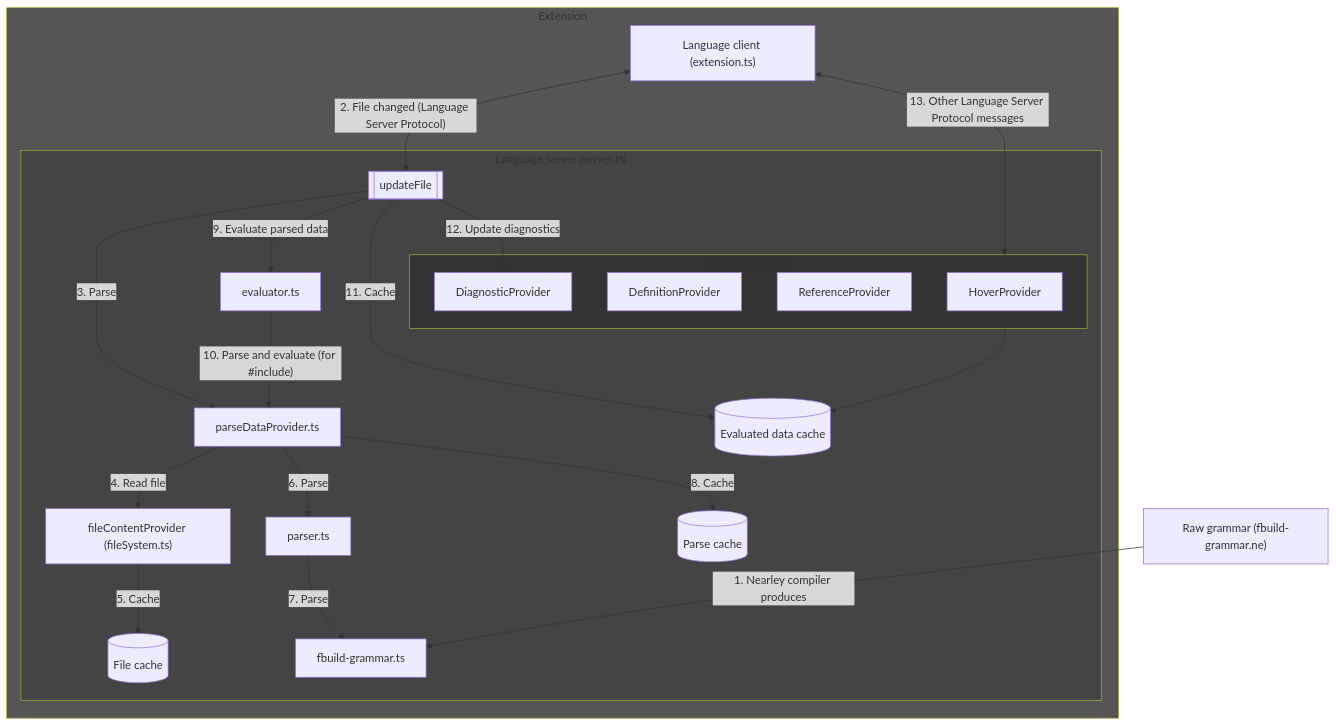
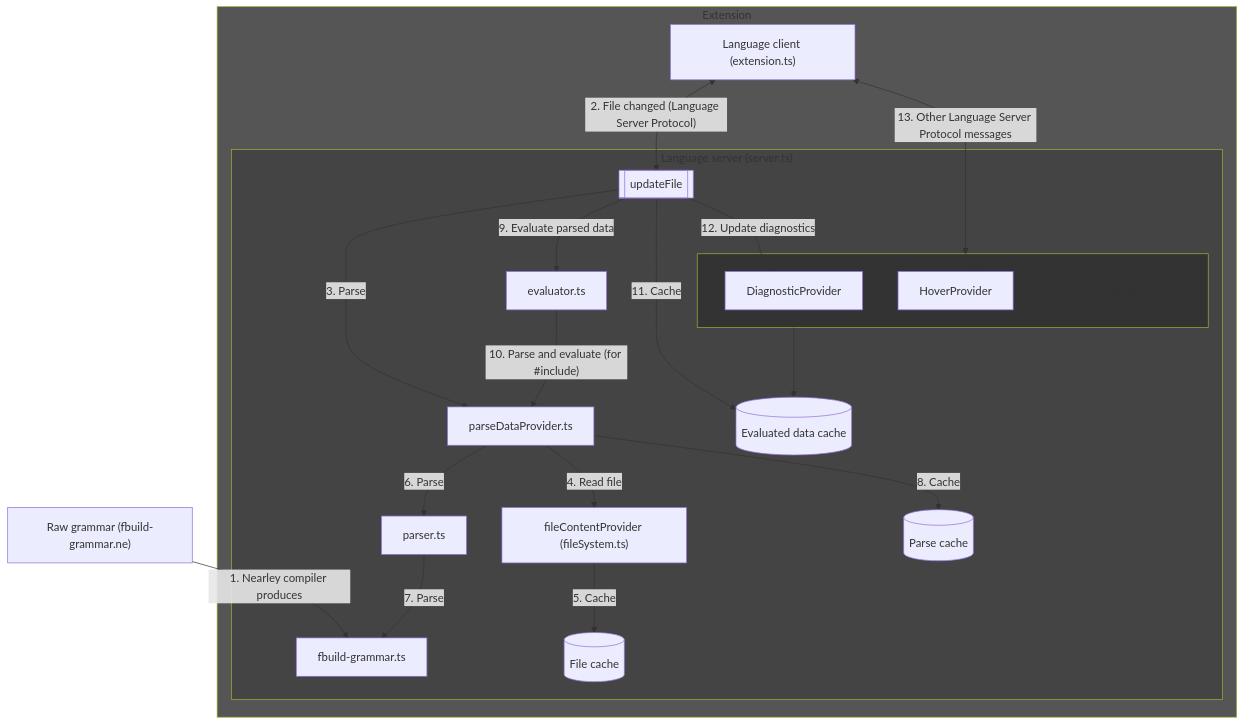
One commit to harrisont/fastbuild-vscode changed the diagram in CONTRIBUTING.md. Above: the diagram before and after it, drawn with Mermaid. The commit also changed other lines of this file and 12 other files, not shown here.

````diff
--- a/CONTRIBUTING.md
+++ b/CONTRIBUTING.md
@@ -44,33 +44,33 @@
 ```mermaid
 flowchart TB
     RawGrammar["Raw grammar (fbuild-grammar.ne)"] -->|1. Nearley compiler produces| CompiledGrammar[fbuild-grammar.ts]
     subgraph Extension
         LanguageClient["Language client (extension.ts)"] <-->|"2. File changed (Language Server Protocol)"| FileUpdate[[updateFile]]
         subgraph LanguageServer["Language server (server.ts)"]
             FileUpdate -->|3. Parse| ParseDataProvider[parseDataProvider.ts]
             ParseDataProvider -->|4. Read file| FileContentProvider["fileContentProvider (fileSystem.ts)"]
             FileContentProvider -->|5. Cache| FileCache[(File cache)]
             ParseDataProvider -->|6. Parse| Parser[parser.ts]
             Parser -->|7. Parse| CompiledGrammar
             ParseDataProvider -->|8. Cache| ParseCache[(Parse cache)]
             FileUpdate -->|9. Evaluate parsed data| Evaluator[evaluator.ts]
             Evaluator -->|"10. Parse and evaluate (for #include)"| ParseDataProvider
             FileUpdate -->|11. Cache| EvaluatedDataCache[(Evaluated data cache)]
 
             subgraph FeatureProviders[Feature providers]
+                DiagnosticProvider
                 HoverProvider
-                DefinitionProvider
-                ReferenceProvider
-                DiagnosticProvider
+                Other["...other providers..."]:::justText
+                classDef justText stroke-width:0px,fill:#333
             end
             FeatureProviders --> EvaluatedDataCache
 
             FileUpdate -->|12. Update diagnostics| DiagnosticProvider
         end
         LanguageClient <-->|13. Other Language Server Protocol messages| FeatureProviders
     end
 
     style Extension fill:#555
     style LanguageServer fill:#444
     style FeatureProviders fill:#333
 ```
````
